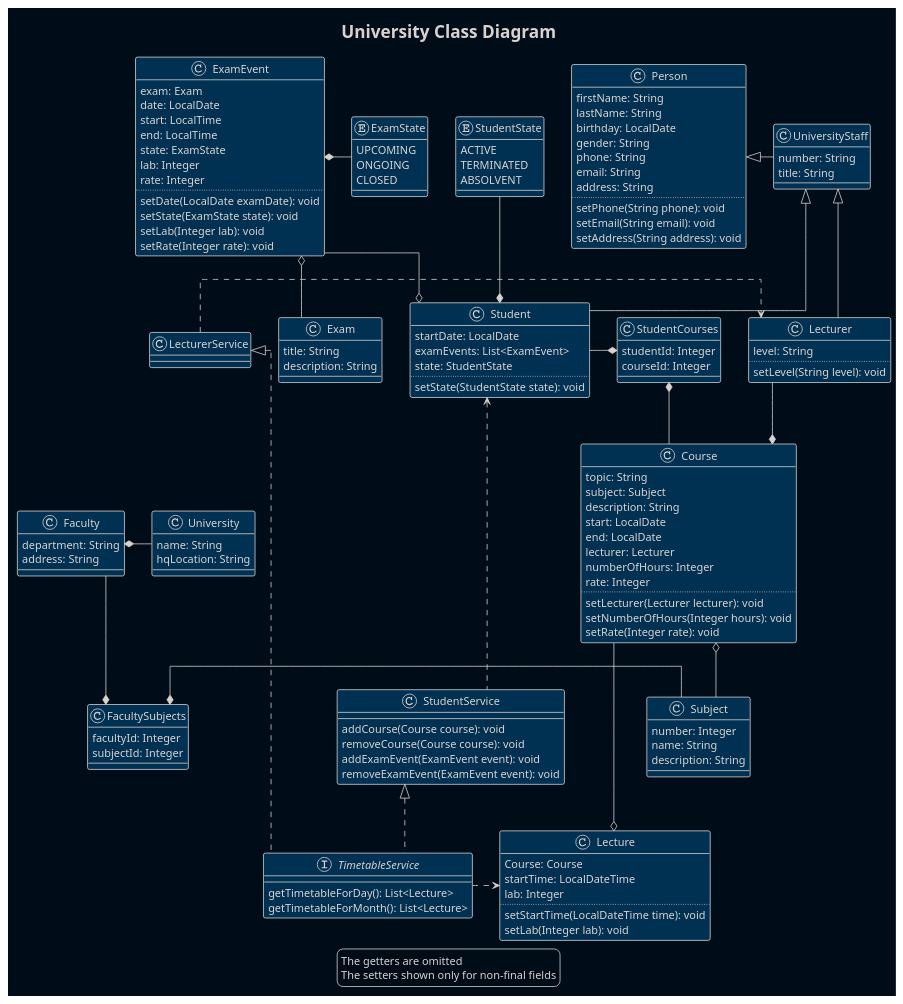
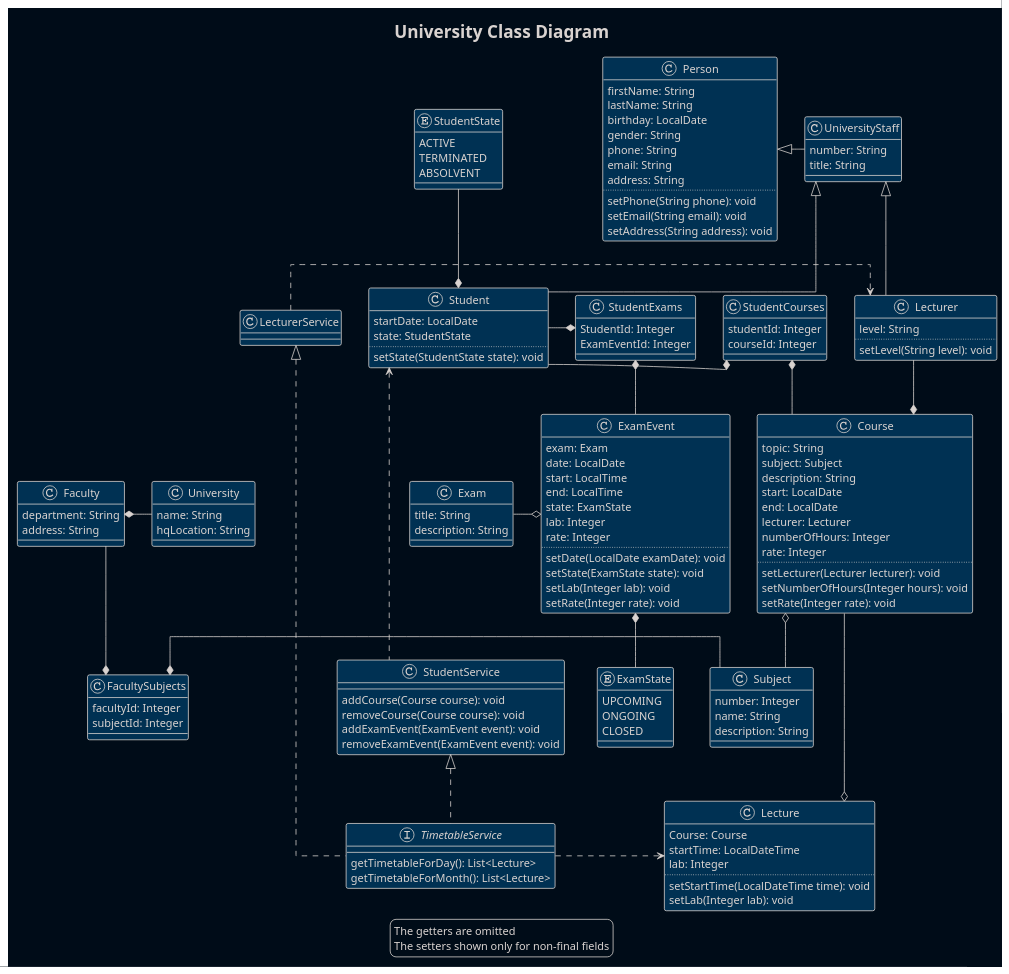
One commit to RomaEcho/University changed the diagram in src/main/resources/diagrams/University.puml. Above: the diagram before and after it, drawn with PlantUML.

Commit message:
puml: studentExams class added, exams list removed from student

```diff
--- a/src/main/resources/diagrams/University.puml
+++ b/src/main/resources/diagrams/University.puml
@@ -1,149 +1,153 @@
 @startuml
 '!theme plain
 !theme blueprint
 skinparam BackgroundColor #000c18
 'skinparam ClassBackgroundColor #000c18
 skinparam linetype ortho
 
 title University Class Diagram
 class Person {
     firstName: String
     lastName: String
     birthday: LocalDate
     gender: String
     phone: String
     email: String
     address: String
     ..
     setPhone(String phone): void
     setEmail(String email): void
     setAddress(String address): void
 }
 class Student {
     startDate: LocalDate
-    examEvents: List<ExamEvent>
     state: StudentState
     ..
     setState(StudentState state): void
 }
 enum StudentState {
     ACTIVE
     TERMINATED
     ABSOLVENT
 }
 class UniversityStaff {
     number: String
     title: String
 }
 class Subject {
     number: Integer
     name: String
     description: String
 }
 
 class Course {
     topic: String
     subject: Subject
     description: String
     start: LocalDate
     end: LocalDate
     lecturer: Lecturer
     numberOfHours: Integer
     rate: Integer
     ..
     setLecturer(Lecturer lecturer): void
     setNumberOfHours(Integer hours): void
     setRate(Integer rate): void
 }
 class Lecturer {
     level: String
     ..
     setLevel(String level): void
 }
 class Exam {
     title: String
     description: String
 }
 class ExamEvent {
     exam: Exam
     date: LocalDate
     start: LocalTime
     end: LocalTime
     state: ExamState
     lab: Integer
     rate: Integer
     ..
     setDate(LocalDate examDate): void
     setState(ExamState state): void
     setLab(Integer lab): void
     setRate(Integer rate): void
 }
 enum ExamState {
     UPCOMING
     ONGOING
     CLOSED
 }
 class Faculty {
     department: String
     address: String
 }
 class University {
     name: String
     hqLocation: String
 }
 class Lecture {
     Course: Course
     startTime: LocalDateTime
     lab: Integer
     ..
     setStartTime(LocalDateTime time): void
     setLab(Integer lab): void
 }
 class StudentCourses {
     studentId: Integer
     courseId: Integer
 }
 class FacultySubjects {
     facultyId: Integer
     subjectId: Integer
 }
+class StudentExams {
+    StudentId: Integer    
+    ExamEventId: Integer
+}
 interface TimetableService {
     getTimetableForDay(): List<Lecture>
     getTimetableForMonth(): List<Lecture>
 }
 class StudentService {
     addCourse(Course course): void
     removeCourse(Course course): void
     addExamEvent(ExamEvent event): void
     removeExamEvent(ExamEvent event): void
 }
 class LecturerService
 
 Person <|-right- UniversityStaff
 UniversityStaff <|-- Student
 UniversityStaff <|-- Lecturer
 Student *-up- StudentState
 StudentCourses *- Student
 StudentCourses *- Course
 Course *-up- Lecturer
-Student o-up- ExamEvent
-ExamEvent o-- Exam
-ExamEvent *-right- ExamState
+StudentExams *-- ExamEvent
+StudentExams *- Student
+ExamEvent o-left- Exam
+ExamEvent *-down- ExamState
 Course o-- Subject
 Faculty --* FacultySubjects
 Subject -left-* FacultySubjects
 University -left* Faculty
 Student <... StudentService
 StudentService <|.. TimetableService
 LecturerService <|.. TimetableService
 LecturerService .> Lecturer
 TimetableService .right.> Lecture
 Course --o Lecture
 
 
 legend
     The getters are omitted
     The setters shown only for non-final fields
 endlegend
 
 @enduml
```
